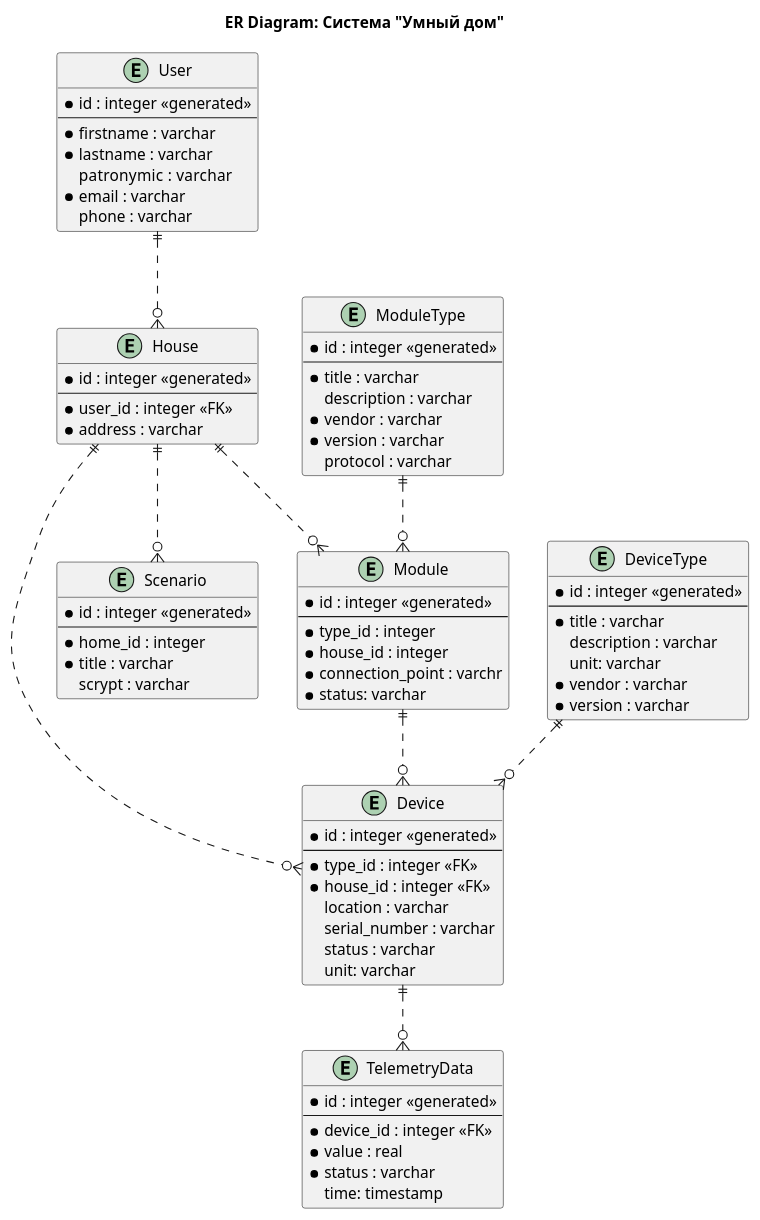
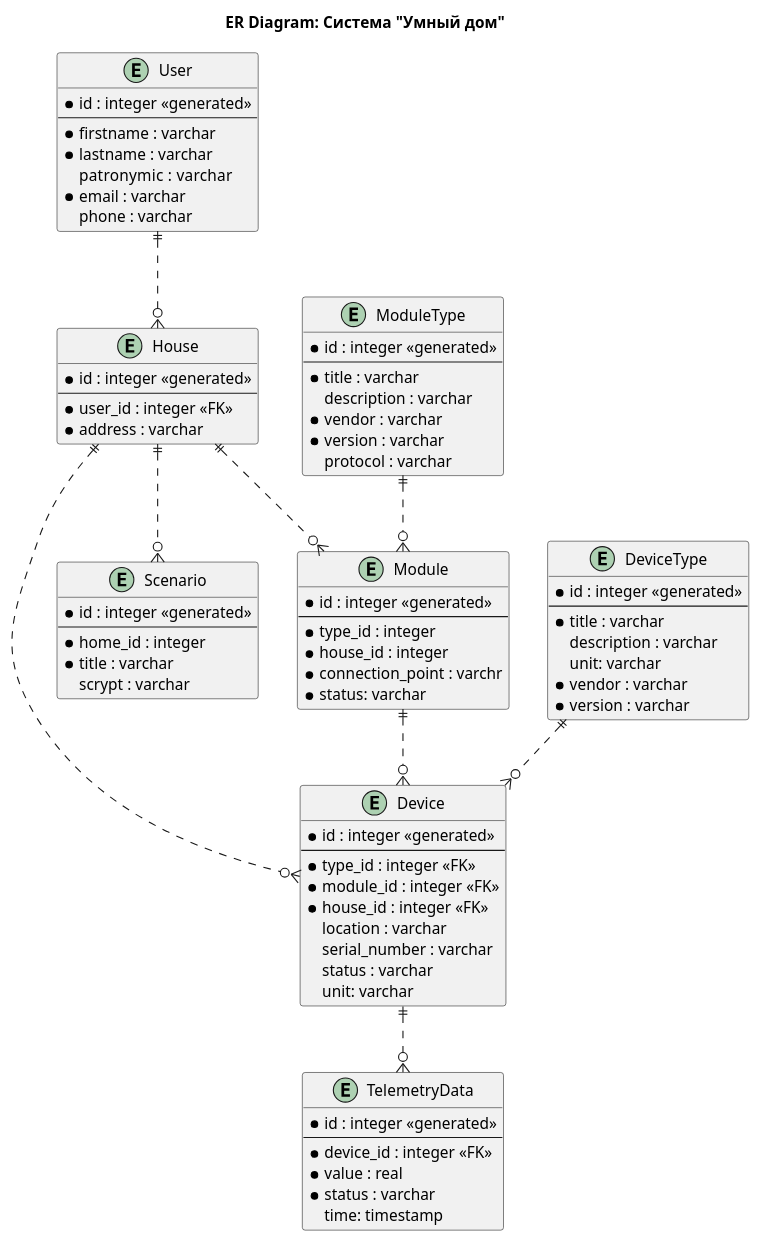
Before and after one commit to zergnk/architecture-pro-warmhouse: the diagram in schemas/ER/er_diagram.puml, drawn with PlantUML. The commit also changed 1 other file, not shown here.

Commit message:
Added C4 code diagram

```diff
--- a/schemas/ER/er_diagram.puml
+++ b/schemas/ER/er_diagram.puml
@@ -1,88 +1,89 @@
 @startuml
 title ER Diagram: Система "Умный дом"
 
 entity User {
     *id : integer <<generated>>
     --
     *firstname : varchar
     *lastname : varchar
     patronymic :  varchar
     *email : varchar
     phone : varchar
 }
 
 entity House {
     *id : integer <<generated>>
     --
     *user_id : integer <<FK>>
     *address : varchar
 }
 
 entity Device {
     *id : integer <<generated>>
     --
     *type_id : integer <<FK>>
+    *module_id : integer <<FK>>
     *house_id : integer <<FK>>
     location : varchar
     serial_number : varchar
     status : varchar
     unit: varchar
 }
 
 entity DeviceType {
     *id : integer <<generated>>
     --
     *title : varchar
     description : varchar
     unit: varchar
     *vendor : varchar
     *version : varchar
 }
 
 entity ModuleType {
     *id : integer <<generated>>
     --
     *title : varchar
     description : varchar
     *vendor : varchar
     *version : varchar
     protocol : varchar
 }
 
 entity Module {
     *id : integer <<generated>>
     --
     *type_id : integer
     *house_id : integer
     *connection_point : varchr
     *status: varchar
 }
 
 entity TelemetryData {
     *id : integer <<generated>>
     --
     *device_id : integer <<FK>>
     *value : real
     *status : varchar
     time: timestamp
 }
 
 entity Scenario {
     *id : integer <<generated>>
     --
     *home_id : integer
     *title : varchar
     scrypt : varchar
 }
 
 
 User ||..o{ House
 DeviceType ||..o{ Device
 House ||..o{ Device
 Device ||..o{ TelemetryData
 ModuleType ||..o{ Module
 Module ||..o{ Device
 House ||..o{ Module
 House ||..o{ Scenario
 
 @enduml
```
